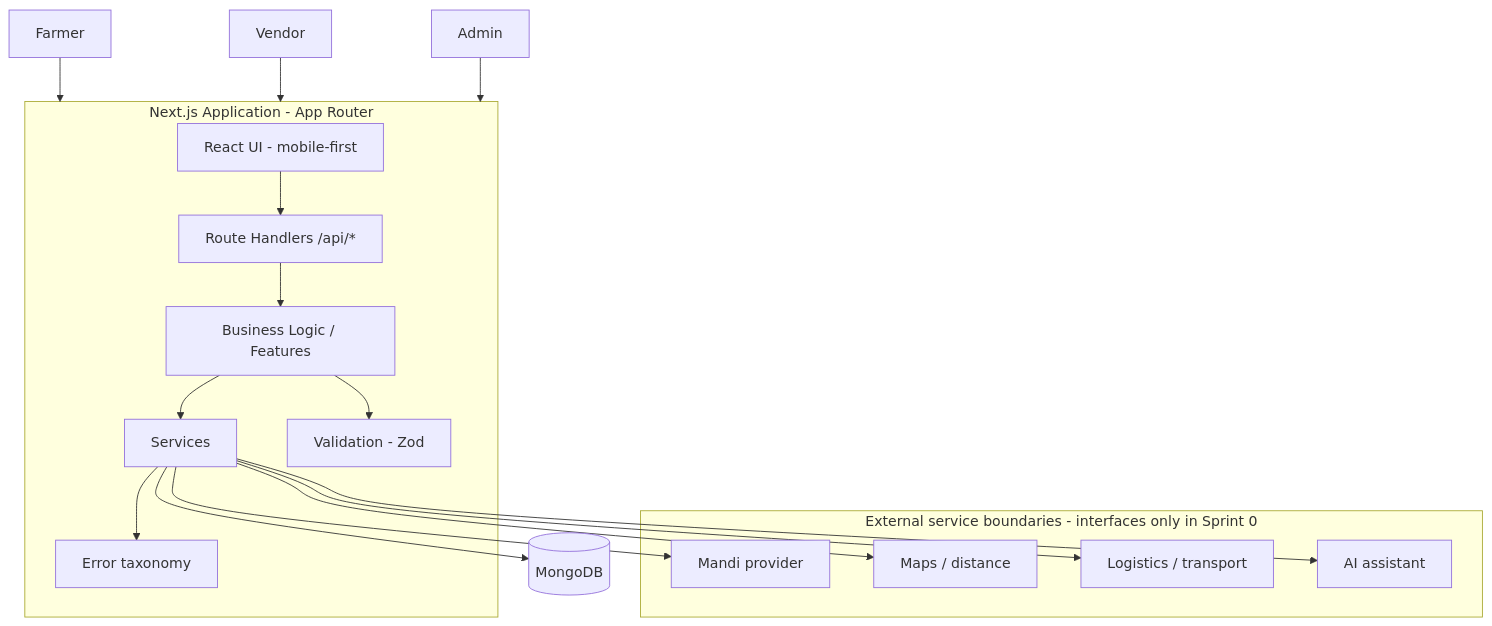
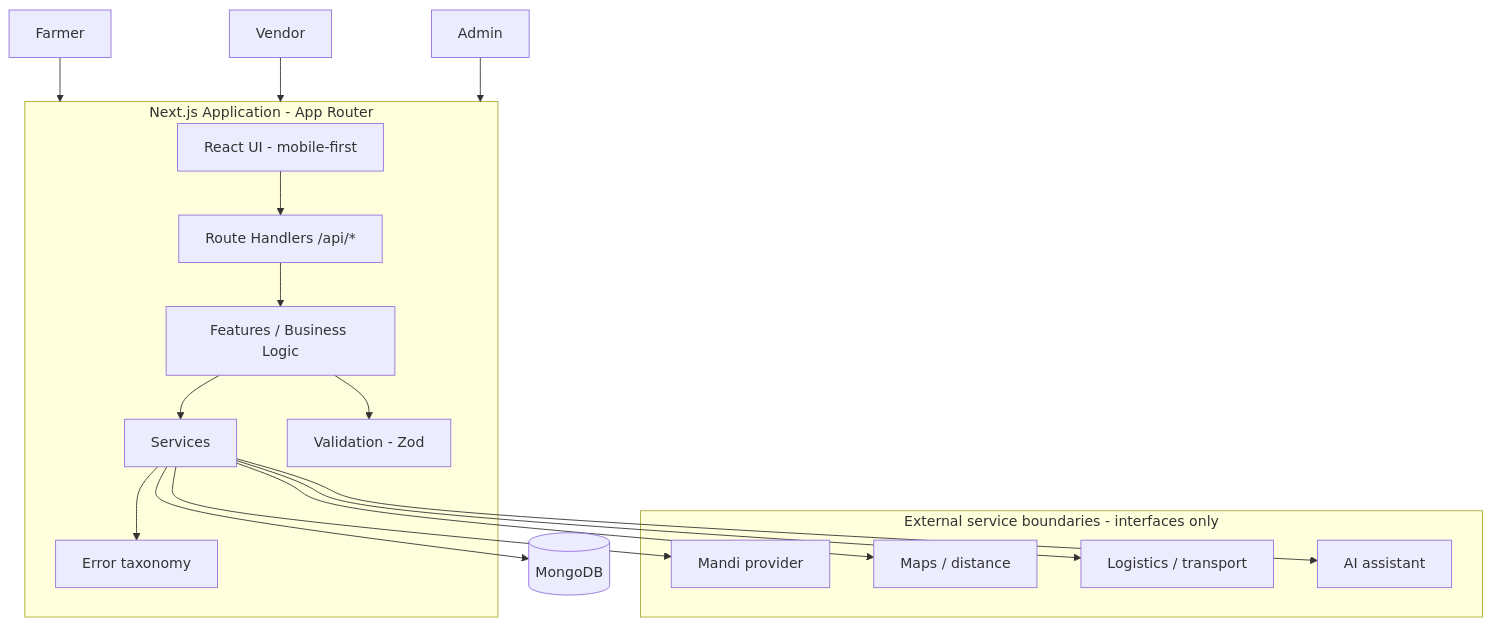
One commit to MohammedAsimGit/Kisan-Vyapar changed the first of 2 diagrams in docs/03-System-Architecture/architecture.md. Above: the diagram before and after it, drawn with Mermaid. The commit also changed other lines of this file and 7 other files, not shown here.

Commit message:
docs: document sprint 1 authentication architecture

````diff
--- a/docs/03-System-Architecture/architecture.md
+++ b/docs/03-System-Architecture/architecture.md
@@ -5,35 +5,35 @@
 ```mermaid
 flowchart TB
     F[Farmer] --> APP
     V[Vendor] --> APP
     A[Admin] --> APP
 
     subgraph APP[Next.js Application - App Router]
         UI[React UI - mobile-first]
         API[Route Handlers /api/*]
-        LAYERS[Business Logic / Features]
+        LAYERS[Features / Business Logic]
         SVC[Services]
         VAL[Validation - Zod]
         ERR[Error taxonomy]
     end
 
     UI --> API
     API --> LAYERS
     LAYERS --> VAL
     LAYERS --> SVC
     SVC --> ERR
 
-    subgraph EXT[External service boundaries - interfaces only in Sprint 0]
+    subgraph EXT[External service boundaries - interfaces only]
         MANDI[Mandi provider]
         MAPS[Maps / distance]
         LOGI[Logistics / transport]
         AI[AI assistant]
     end
 
     SVC --> MANDI
     SVC --> MAPS
     SVC --> LOGI
     SVC --> AI
 
     SVC --> DB[(MongoDB)]
 ```
````
